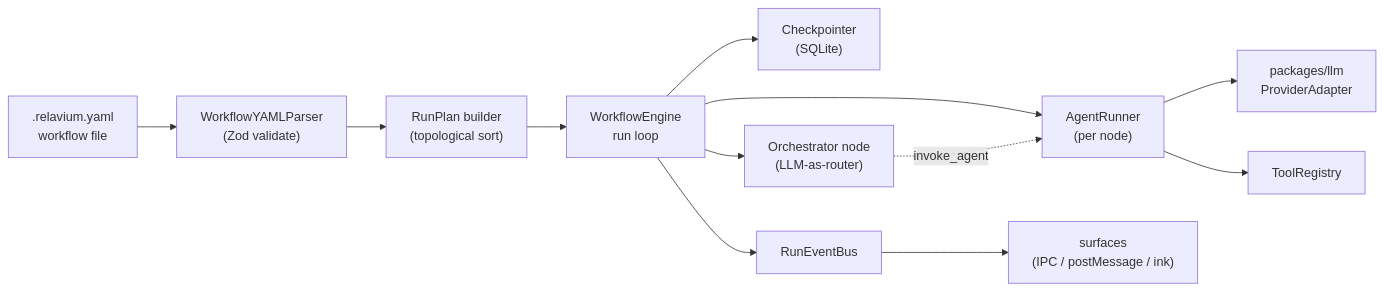
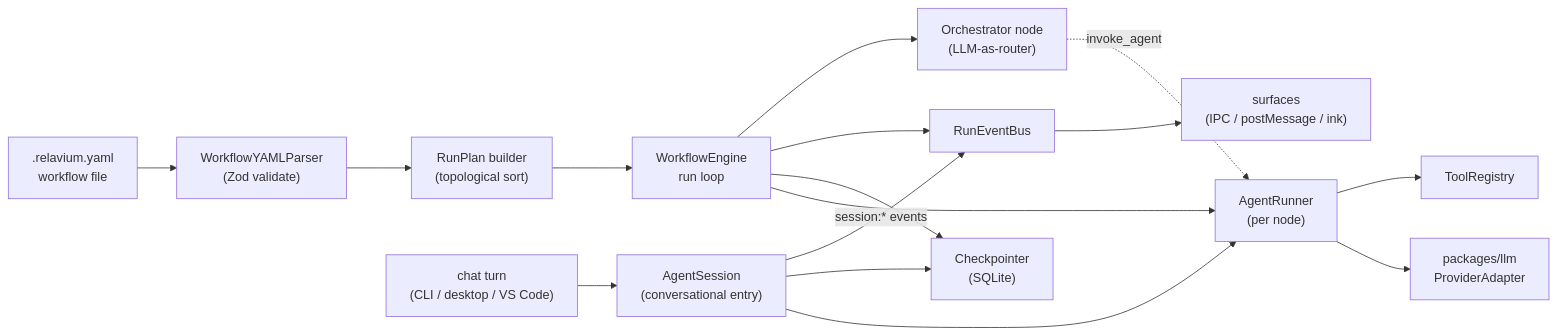
Before and after one commit to HodeTech/Relavium: the diagram in docs/architecture/shared-core-engine.md, drawn with Mermaid. The commit also changed other lines of this file and 3 other files, not shown here.

First line of the commit message:
docs(architecture): dual entry-point substrate + steering channel

````diff
--- a/docs/architecture/shared-core-engine.md
+++ b/docs/architecture/shared-core-engine.md
@@ -12,14 +12,18 @@
 ```mermaid
 flowchart LR
     YAML[".relavium.yaml<br/>workflow file"] --> Parser["WorkflowYAMLParser<br/>(Zod validate)"]
     Parser --> Plan["RunPlan builder<br/>(topological sort)"]
     Plan --> Runner["WorkflowEngine<br/>run loop"]
+    Chat["chat turn<br/>(CLI / desktop / VS Code)"] --> Session["AgentSession<br/>(conversational entry)"]
     Runner --> AR["AgentRunner<br/>(per node)"]
+    Session --> AR
     AR --> LLM["packages/llm<br/>ProviderAdapter"]
     AR --> Tools["ToolRegistry"]
     Runner --> CP["Checkpointer<br/>(SQLite)"]
+    Session --> CP
     Runner --> Bus["RunEventBus"]
+    Session -->|session:* events| Bus
     Bus --> Surfaces["surfaces<br/>(IPC / postMessage / ink)"]
     Orchestrator["Orchestrator node<br/>(LLM-as-router)"] -.->|invoke_agent| AR
     Runner --> Orchestrator
 ```
````
